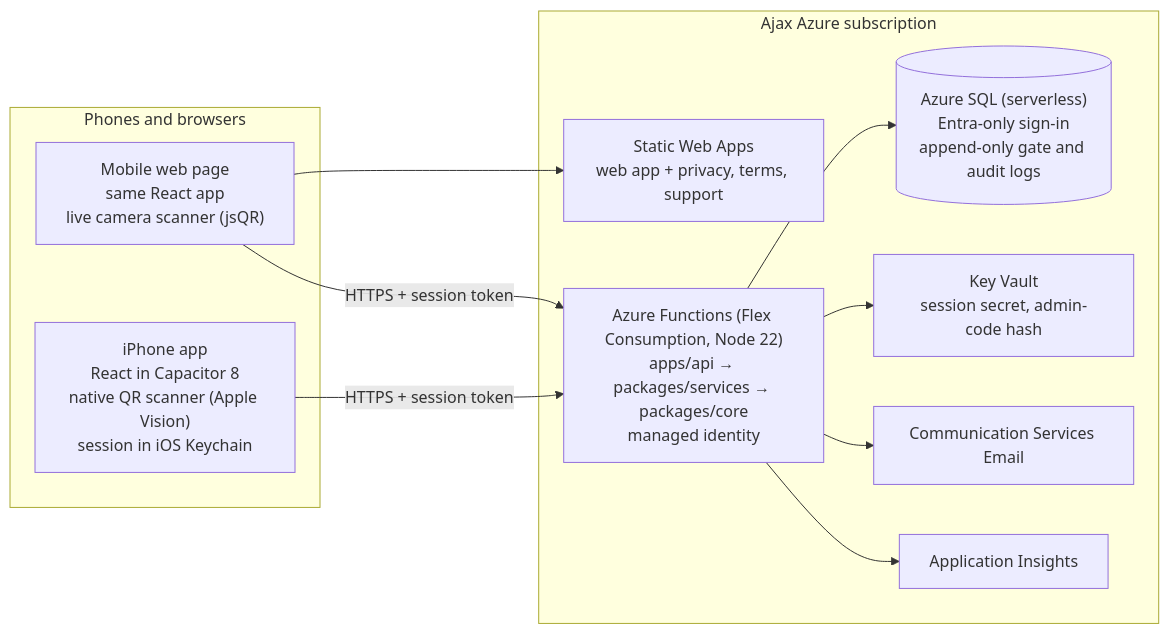
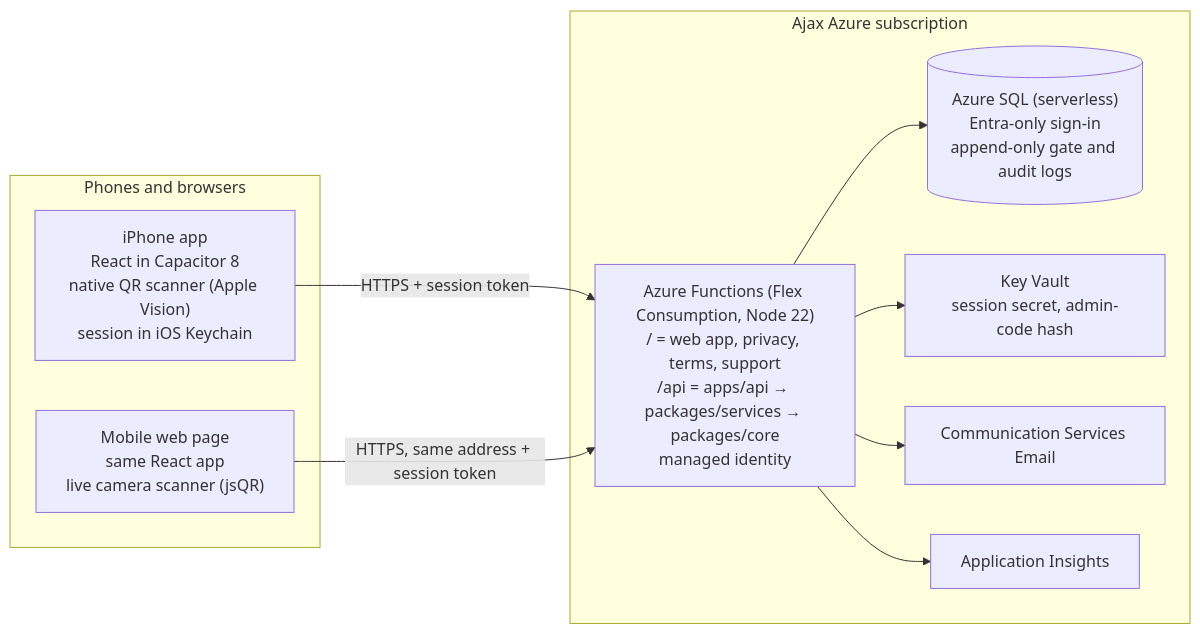
The diagram in docs/architecture.md (AjaxAgents/Granted), drawn with Mermaid before and after one commit. The commit also changed 21 other files, not shown here.

First line of the commit message:
One-command Azure set-up: app and API at one address

````diff
--- a/docs/architecture.md
+++ b/docs/architecture.md
@@ -3,22 +3,20 @@
 ```mermaid
 flowchart LR
   subgraph Phones["Phones and browsers"]
     IOS["iPhone app<br/>React in Capacitor 8<br/>native QR scanner (Apple Vision)<br/>session in iOS Keychain"]
     WEB["Mobile web page<br/>same React app<br/>live camera scanner (jsQR)"]
   end
   subgraph Azure["Ajax Azure subscription"]
-    SWA["Static Web Apps<br/>web app + privacy, terms, support"]
-    FUNC["Azure Functions (Flex Consumption, Node 22)<br/>apps/api → packages/services → packages/core<br/>managed identity"]
+    FUNC["Azure Functions (Flex Consumption, Node 22)<br/>/ = web app, privacy, terms, support<br/>/api = apps/api → packages/services → packages/core<br/>managed identity"]
     SQL[("Azure SQL (serverless)<br/>Entra-only sign-in<br/>append-only gate and audit logs")]
     KV["Key Vault<br/>session secret, admin-code hash"]
     ACS["Communication Services Email"]
     AI["Application Insights"]
   end
   IOS -- "HTTPS + session token" --> FUNC
-  WEB --> SWA
-  WEB -- "HTTPS + session token" --> FUNC
+  WEB -- "HTTPS, same address + session token" --> FUNC
   FUNC --> SQL
   FUNC --> KV
   FUNC --> ACS
   FUNC --> AI
 ```
````
